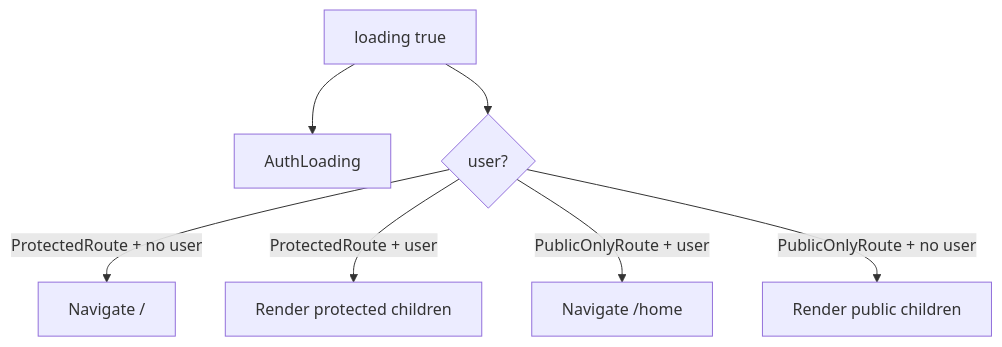
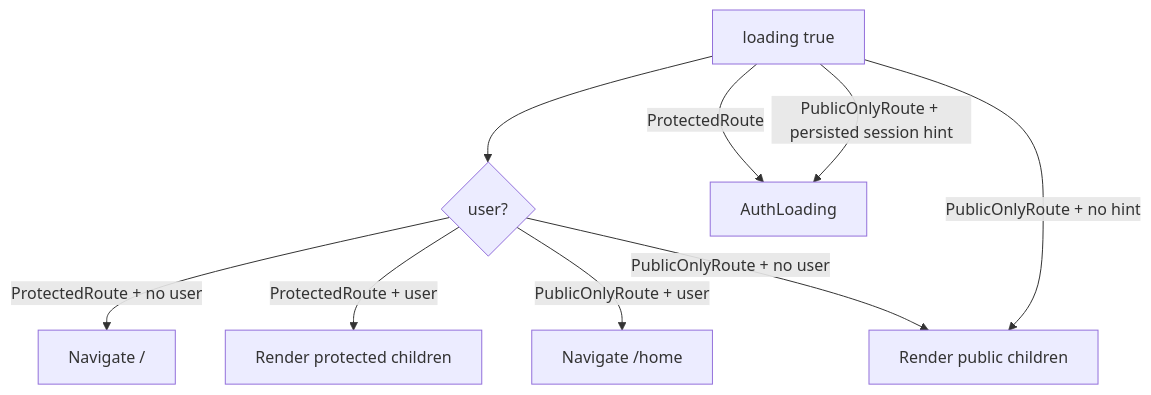
The diagram in docs/systems/routing/route-gating-system.md (Angelguirao/holzen), drawn with Mermaid before and after one commit. The commit also changed other lines of this file and 9 other files, not shown here.

````diff
--- a/docs/systems/routing/route-gating-system.md
+++ b/docs/systems/routing/route-gating-system.md
@@ -80,9 +80,11 @@
 ```mermaid
 flowchart TD
-  L[loading true] --> AL[AuthLoading]
-  L --> P{user?}
+  L[loading true] --> P{user?}
+  L -->|ProtectedRoute| AL[AuthLoading]
+  L -->|PublicOnlyRoute + persisted session hint| AL
+  L -->|PublicOnlyRoute + no hint| PUB[Render public children]
   P -- ProtectedRoute + no user --> W[Navigate /]
   P -- ProtectedRoute + user --> OK[Render protected children]
   P -- PublicOnlyRoute + user --> H[Navigate /home]
-  P -- PublicOnlyRoute + no user --> PUB[Render public children]
+  P -- PublicOnlyRoute + no user --> PUB
 ```
````
